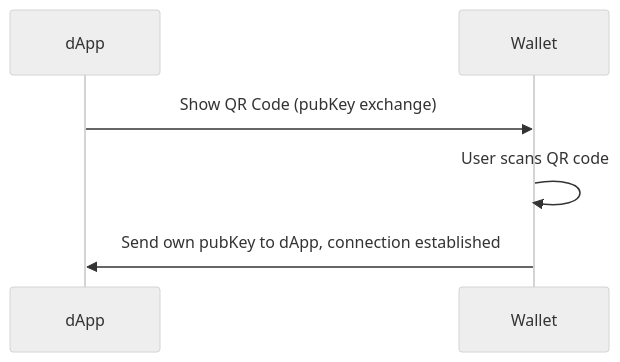
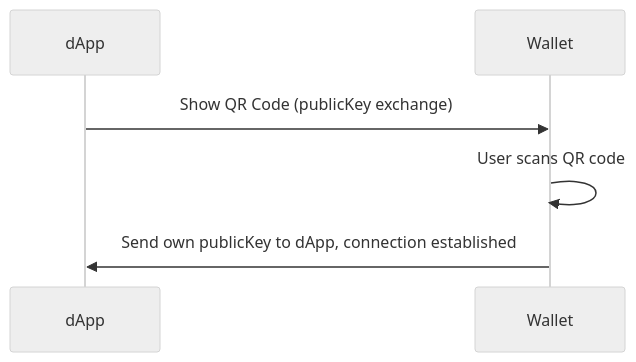
Before and after one commit to airgap-it/beacon-sdk: the first of 5 diagrams in docs/flows/P2PDirect.md, drawn with Mermaid (neutral theme). The commit also changed 11 other files, not shown here.

Commit message:
feat(public-key): rename pubkey and pubKey to publicKey

````diff
--- a/docs/flows/P2PDirect.md
+++ b/docs/flows/P2PDirect.md
@@ -5,6 +5,6 @@
 ```mermaid
 sequenceDiagram
-    dApp->>Wallet: Show QR Code (pubKey exchange)
+    dApp->>Wallet: Show QR Code (publicKey exchange)
     Wallet->>Wallet: User scans QR code
-    Wallet->>dApp: Send own pubKey to dApp, connection established
+    Wallet->>dApp: Send own publicKey to dApp, connection established
 ```
````
